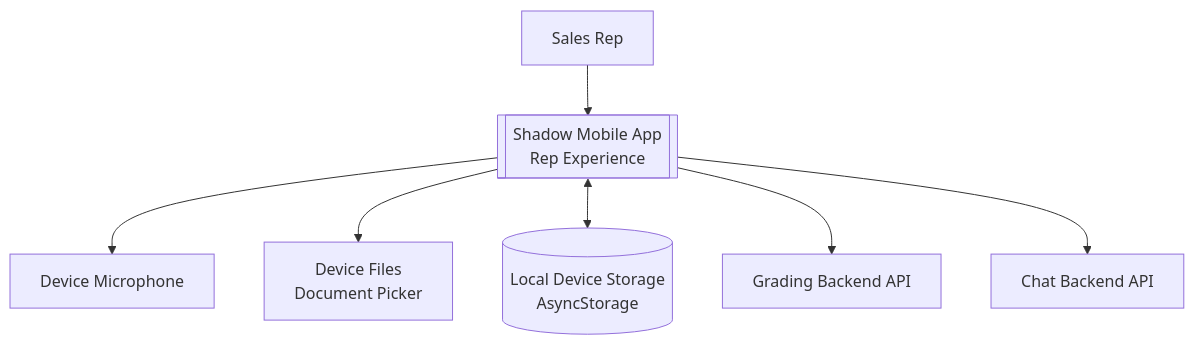
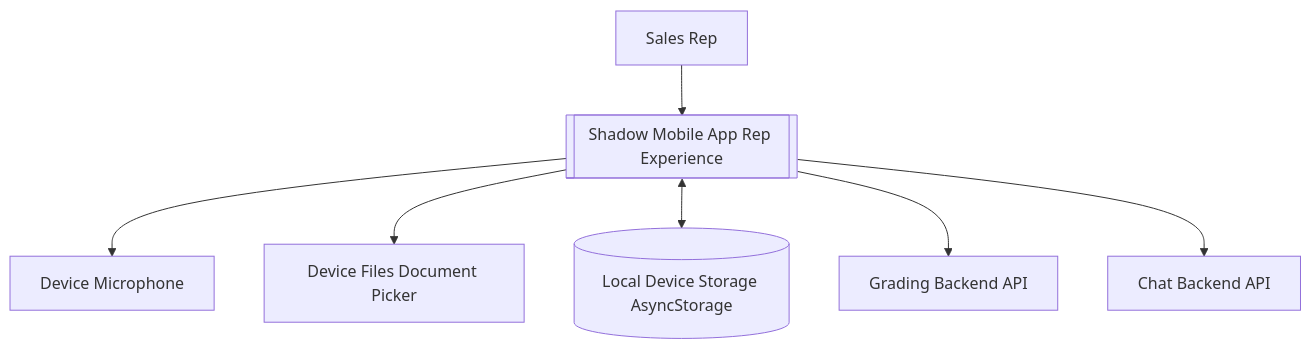
One commit to d00375828/SeniorProject changed the fourth of 4 diagrams in docs/core-diagrams.md. Above: the diagram before and after it, drawn with Mermaid. The commit also changed other lines of this file, not shown here.

````diff
--- a/docs/core-diagrams.md
+++ b/docs/core-diagrams.md
@@ -116,17 +116,17 @@
 ```mermaid
 flowchart TB
     REP[Sales Rep]
-    APP[[Shadow Mobile App\nRep Experience]]
+    APP[[Shadow Mobile App Rep Experience]]
     MIC[Device Microphone]
-    FILES[Device Files\nDocument Picker]
-    STORAGE[(Local Device Storage\nAsyncStorage)]
+    FILES[Device Files Document Picker]
+    STORAGE[(Local Device Storage AsyncStorage)]
     GRADEAPI[Grading Backend API]
     CHATAPI[Chat Backend API]
 
     REP --> APP
     APP --> MIC
     APP --> FILES
     APP <--> STORAGE
     APP --> GRADEAPI
     APP --> CHATAPI
 ```
````
